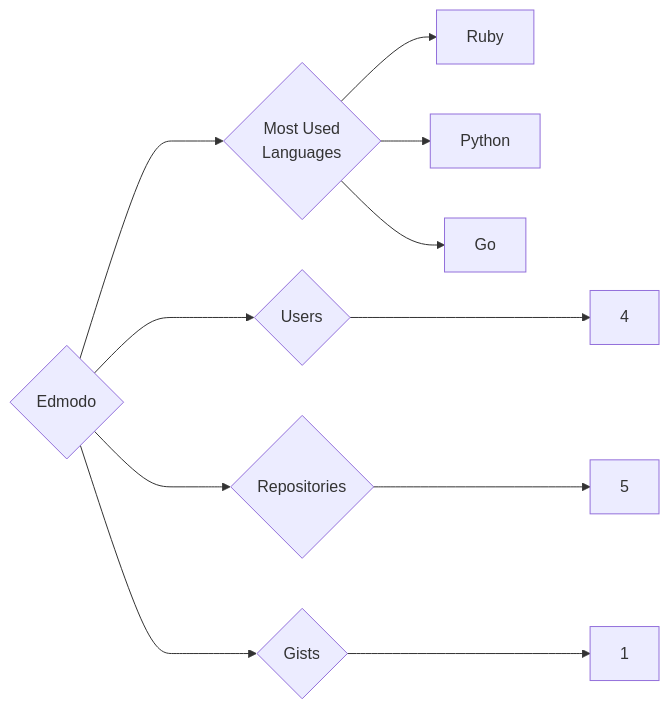
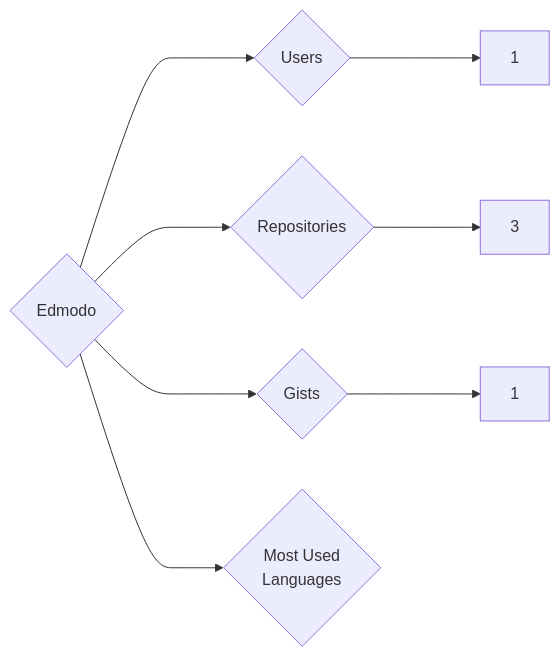
The diagram in targets/Edmodo/README.md (trickest/insiders), drawn with Mermaid before and after one commit. The commit also changed 1084 other files, not shown here.

````diff
--- a/targets/Edmodo/README.md
+++ b/targets/Edmodo/README.md
@@ -3,11 +3,8 @@
 ```mermaid
 graph LR
 COMPANY_NAME{Edmodo}
-COMPANY_NAME ---> U{Users} ---> UN[4]
-COMPANY_NAME ---> R{Repositories} ---> RN[5]
+COMPANY_NAME ---> U{Users} ---> UN[1]
+COMPANY_NAME ---> R{Repositories} ---> RN[3]
 COMPANY_NAME ---> G{Gists} ---> GN[1]
 COMPANY_NAME ---> ML{Most Used<br>Languages}
-ML --> Ruby[Ruby]
-ML --> Python[Python]
-ML --> Go[Go]
 ```
````
